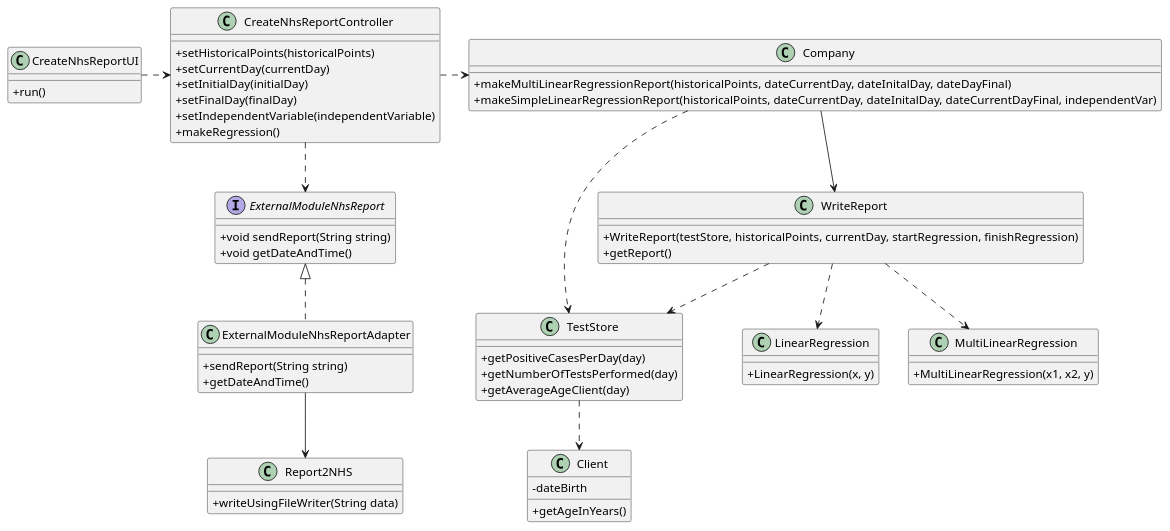
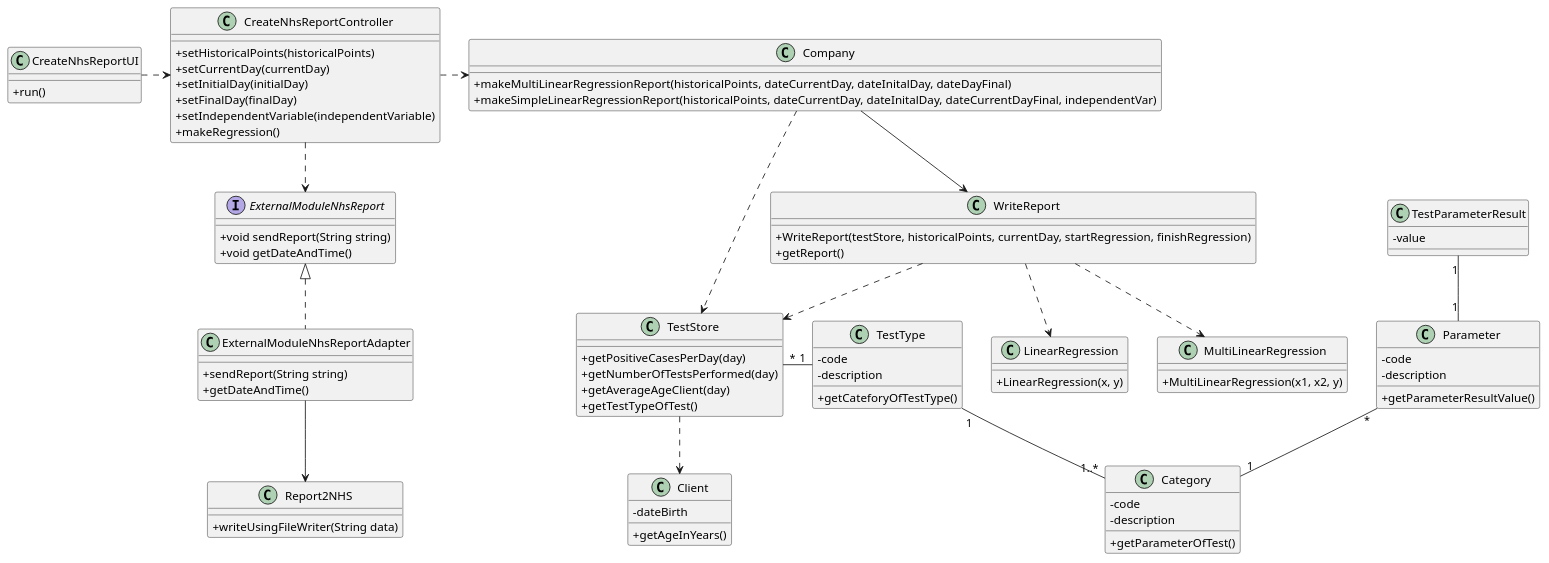
One commit to MadDinosaur/ISEP-LAPR2 changed the diagram in docs/SprintD/US18/US18_CD.puml. Above: the diagram before and after it, drawn with PlantUML. The commit also changed 6 other files, not shown here.

```diff
--- a/docs/SprintD/US18/US18_CD.puml
+++ b/docs/SprintD/US18/US18_CD.puml
@@ -1,74 +1,99 @@
 @startuml
 
 skinparam classAttributeIconSize 0
 
 class CreateNhsReportUI {
 +run()
 
 }
 
 class CreateNhsReportController {
 +setHistoricalPoints(historicalPoints)
 +setCurrentDay(currentDay)
 +setInitialDay(initialDay)
 +setFinalDay(finalDay)
 +setIndependentVariable(independentVariable)
 +makeRegression()
 }
 
 class TestStore{
 +getPositiveCasesPerDay(day)
 +getNumberOfTestsPerformed(day)
 +getAverageAgeClient(day)
++getTestTypeOfTest()
 }
 
 class LinearRegression {
 +LinearRegression(x, y)
 }
 
 class MultiLinearRegression {
 +MultiLinearRegression(x1, x2, y)
 }
 
 class Company {
 +makeMultiLinearRegressionReport(historicalPoints, dateCurrentDay, dateInitalDay, dateDayFinal)
 +makeSimpleLinearRegressionReport(historicalPoints, dateCurrentDay, dateInitalDay, dateCurrentDayFinal, independentVar)
 }
 
 class WriteReport {
 +WriteReport(testStore, historicalPoints, currentDay, startRegression, finishRegression)
 +getReport()
 }
 
 class Client{
 -dateBirth
 +getAgeInYears()
 }
 
 interface ExternalModuleNhsReport {
 +void sendReport(String string)
 +void getDateAndTime()
 }
 
 class ExternalModuleNhsReportAdapter {
 +sendReport(String string)
 +getDateAndTime()
 }
 
 class Report2NHS {
 +writeUsingFileWriter(String data)
 }
+class TestParameterResult {
+-value
+
+}
+class Category {
+-code
+-description
++getParameterOfTest()
+}
+class TestType {
+-code
+-description
++getCateforyOfTestType()
+}
+class Parameter {
+-code
+-description
++getParameterResultValue()
+}
+
 
 CreateNhsReportController ..> ExternalModuleNhsReport
 CreateNhsReportUI .> CreateNhsReportController
 CreateNhsReportController .> Company
 Company --> WriteReport
 Company ..> TestStore
 TestStore ..> Client
 WriteReport ..> TestStore
 ExternalModuleNhsReport <|.. ExternalModuleNhsReportAdapter
 ExternalModuleNhsReportAdapter --> Report2NHS
 WriteReport ..> LinearRegression
 WriteReport ..> MultiLinearRegression
+TestStore "*"-right-"1" "TestType"
+TestType "1"--"1..*" Category
+Parameter "*"--"1" Category
+TestParameterResult "1"--"1" Parameter
 
 @enduml
```
